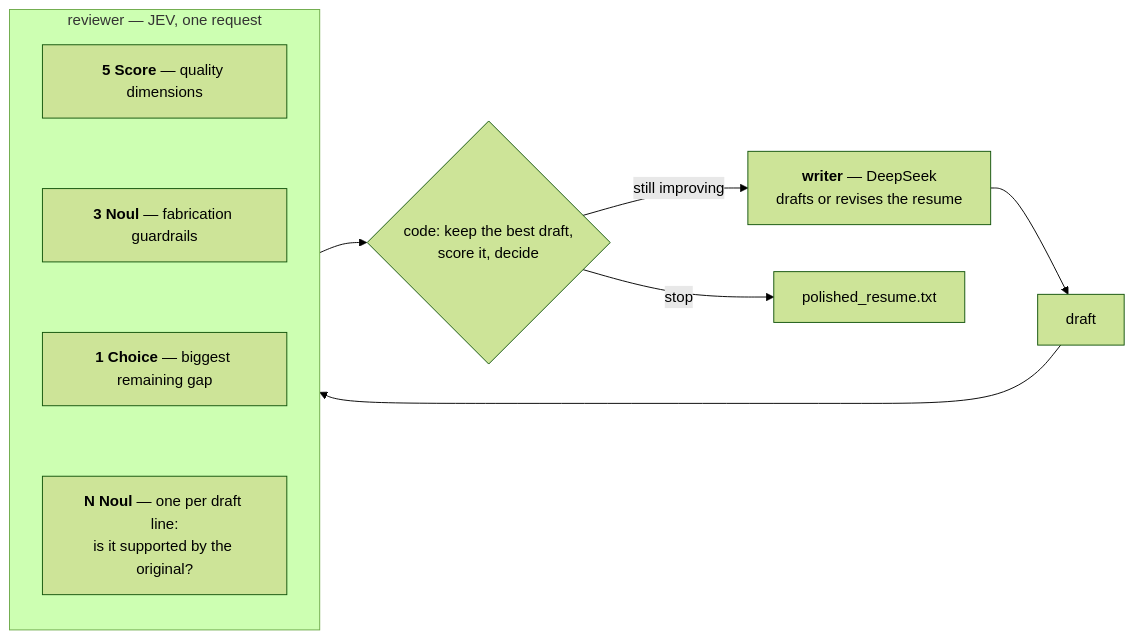
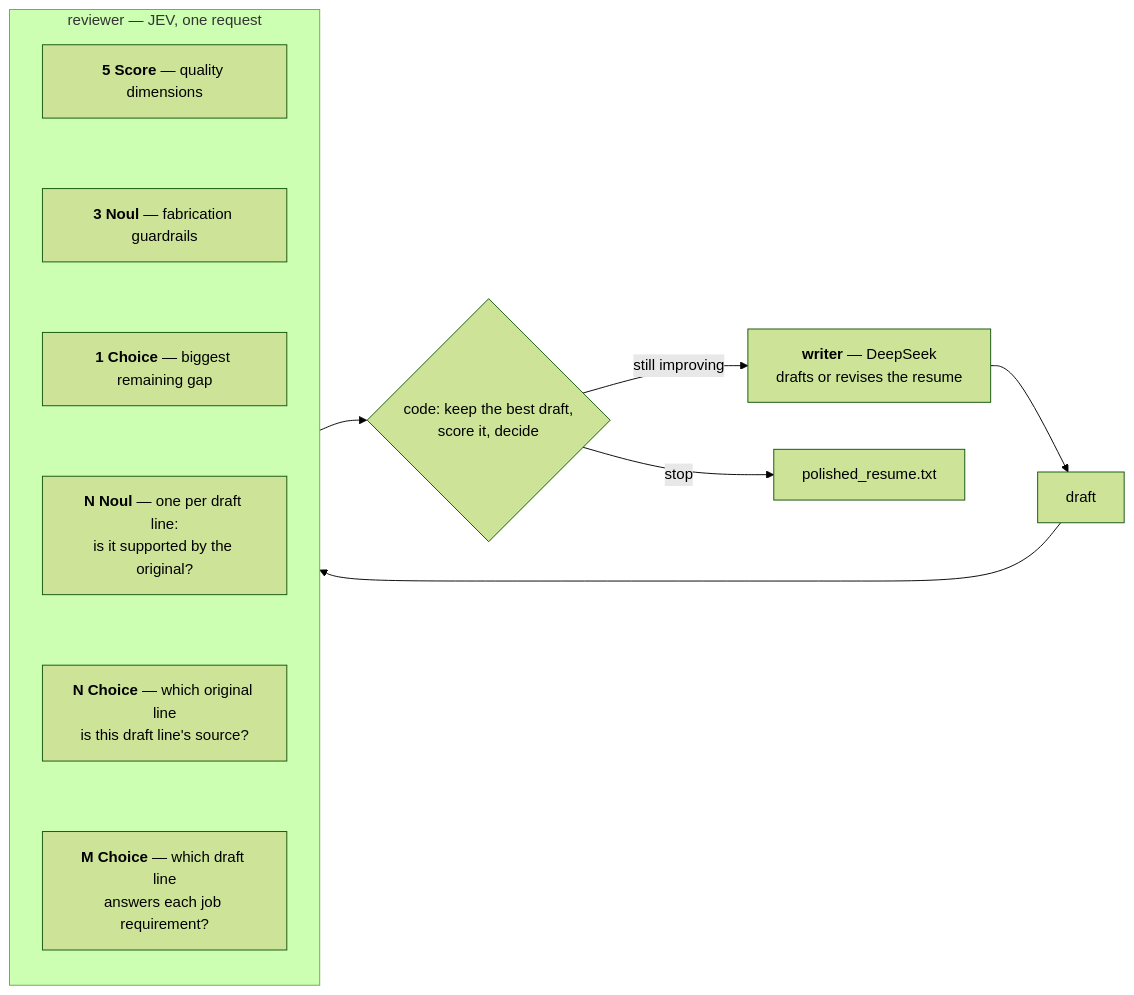
One commit to AdoCbl/JEV-RESUME-FILTER changed the diagram in README.md. Above: the diagram before and after it, drawn with Mermaid (forest theme). The commit also changed other lines of this file and 8 other files, not shown here.

````diff
--- a/README.md
+++ b/README.md
@@ -20,16 +20,18 @@
 ```mermaid
 flowchart LR
     W["<b>writer</b> — DeepSeek<br/>drafts or revises the resume"] --> D["draft"]
     D --> R
     subgraph R["reviewer — JEV, one request"]
         direction TB
         S["<b>5 Score</b> — quality dimensions"]
         N["<b>3 Noul</b> — fabrication guardrails"]
         C["<b>1 Choice</b> — biggest remaining gap"]
         L["<b>N Noul</b> — one per draft line:<br/>is it supported by the original?"]
-        S ~~~ N ~~~ C ~~~ L
+        E["<b>N Choice</b> — which original line<br/>is this draft line's source?"]
+        V["<b>M Choice</b> — which draft line<br/>answers each job requirement?"]
+        S ~~~ N ~~~ C ~~~ L ~~~ E ~~~ V
     end
     R --> K{"code: keep the best draft,<br/>score it, decide"}
     K -- "still improving" --> W
     K -- "stop" --> O["polished_resume.txt"]
 ```
````
